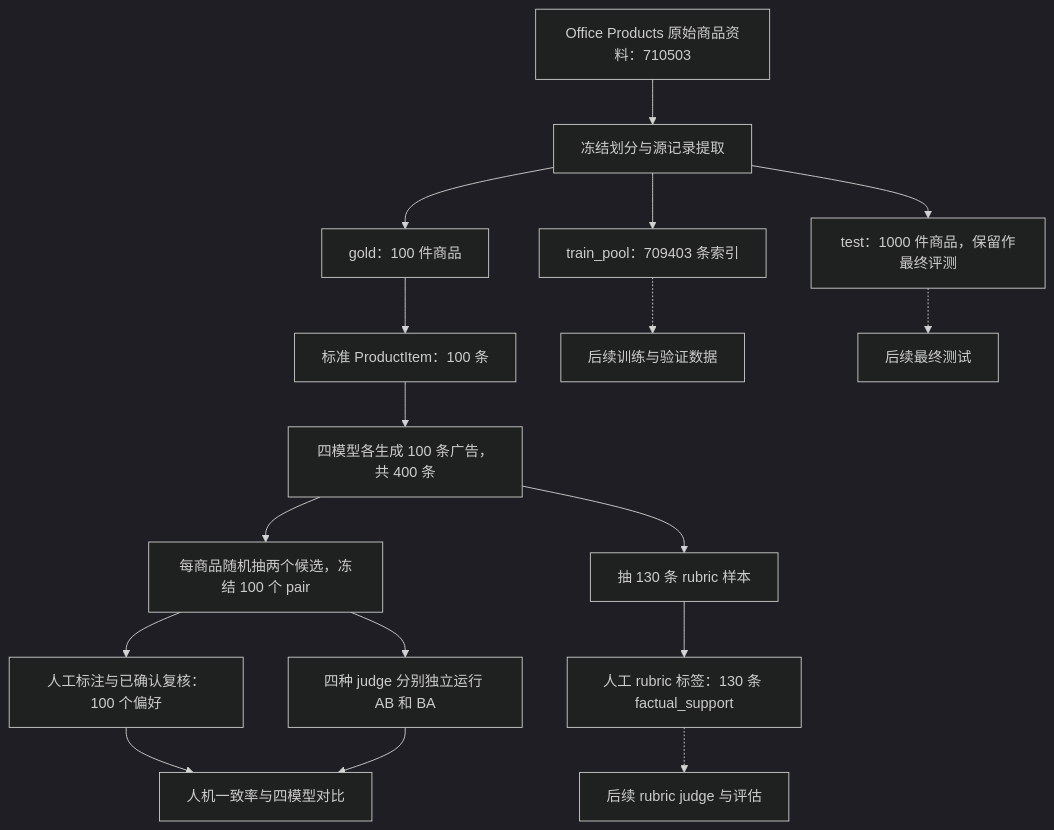
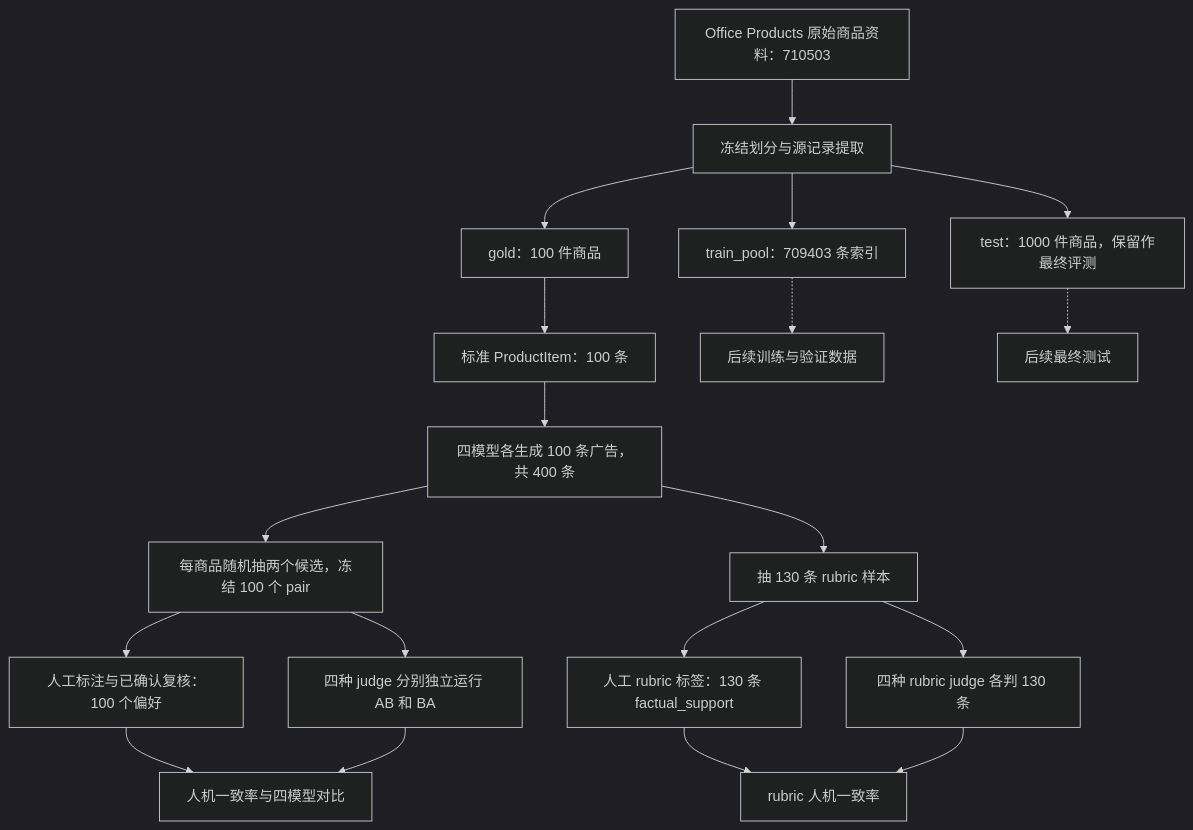
Before and after one commit to YANGZHOU66666/AdGenius-Plus: the diagram in docs/data_pipeline.md, drawn with Mermaid (dark theme). The commit also changed other lines of this file and 28 other files, not shown here.

Commit message:
Add rubric judge runs and agreement report

````diff
--- a/docs/data_pipeline.md
+++ b/docs/data_pipeline.md
@@ -16,19 +16,21 @@
 ```mermaid
 flowchart TD
     R[Office Products 原始商品资料：710503] --> S[冻结划分与源记录提取]
     S --> G[gold：100 件商品]
     S --> T[test：1000 件商品，保留作最终评测]
     S --> P[train_pool：709403 条索引]
     G --> I[标准 ProductItem：100 条]
     I --> C[四模型各生成 100 条广告，共 400 条]
     C --> Q[每商品随机抽两个候选，冻结 100 个 pair]
     Q --> H[人工标注与已确认复核：100 个偏好]
     Q --> J[四种 judge 分别独立运行 AB 和 BA]
     H --> M[人机一致率与四模型对比]
     J --> M
     C --> RS[抽 130 条 rubric 样本]
     RS --> RH[人工 rubric 标签：130 条 factual_support]
-    RH -.-> U[后续 rubric judge 与评估]
+    RS --> RJ[四种 rubric judge 各判 130 条]
+    RH --> RM[rubric 人机一致率]
+    RJ --> RM
     P -.-> V[后续训练与验证数据]
     T -.-> W[后续最终测试]
 ```
````
